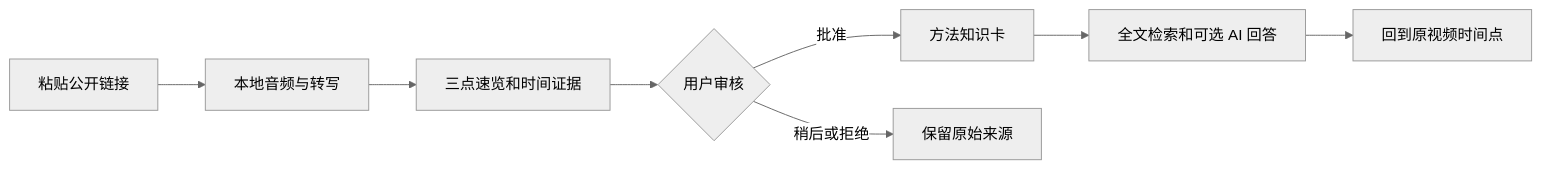
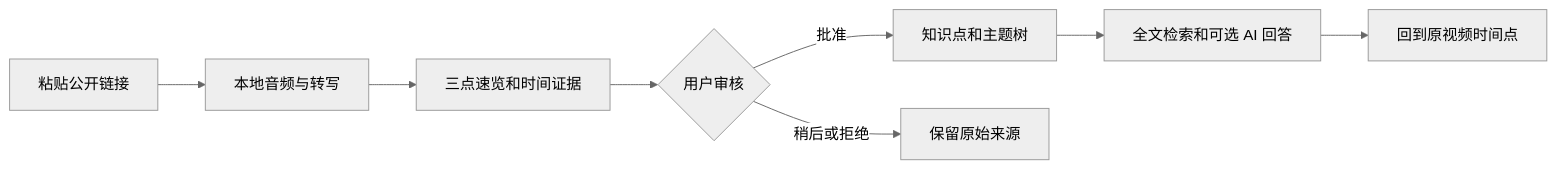
The diagram in README.md (carolinozisch-web/process-bilibili-course-skill), drawn with Mermaid (neutral theme) before and after one commit. The commit also changed other lines of this file and 10 other files, not shown here.

````diff
--- a/README.md
+++ b/README.md
@@ -37,10 +37,10 @@
 ```mermaid
 flowchart LR
     A[粘贴公开链接] --> B[本地音频与转写]
     B --> C[三点速览和时间证据]
     C --> D{用户审核}
-    D -->|批准| E[方法知识卡]
+    D -->|批准| E[知识点和主题树]
     D -->|稍后或拒绝| F[保留原始来源]
     E --> G[全文检索和可选 AI 回答]
     G --> H[回到原视频时间点]
 ```
````
